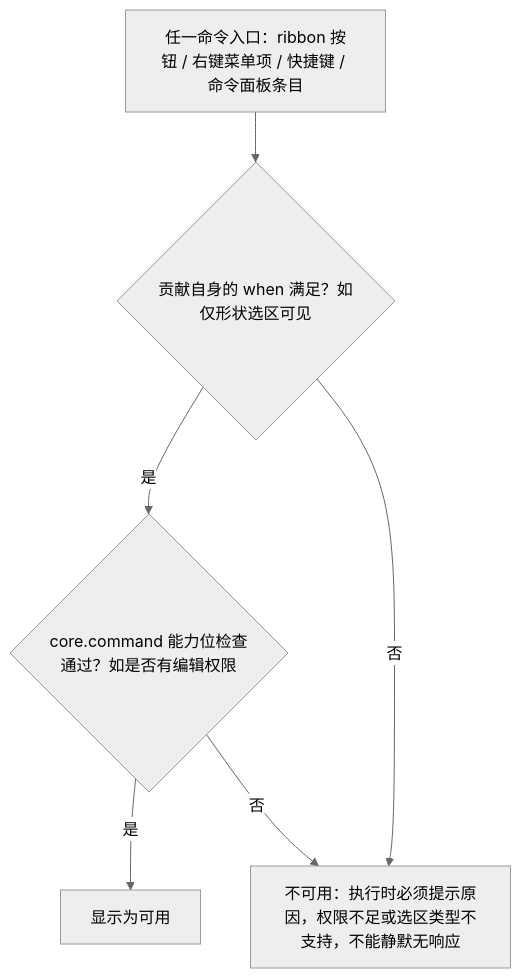
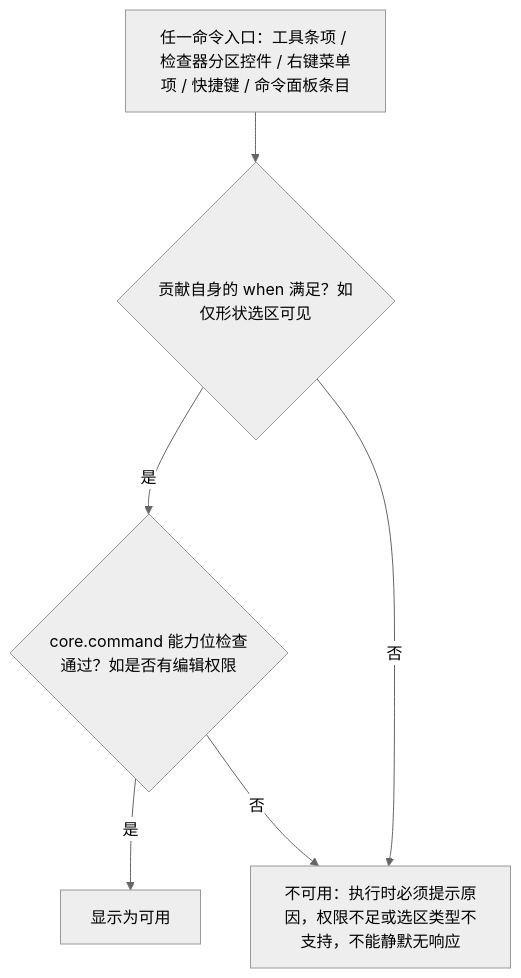
Before and after one commit to Xeonice/cordis-ppt-editor: the third of 5 diagrams in docs/20-design/06-extensibility-ux.md, drawn with Mermaid (neutral theme). The commit also changed other lines of this file and 44 other files, not shown here.

````diff
--- a/docs/20-design/06-extensibility-ux.md
+++ b/docs/20-design/06-extensibility-ux.md
@@ -197,13 +185,13 @@
 ```mermaid
 flowchart TB
-  entry["任一命令入口：ribbon 按钮 / 右键菜单项 / 快捷键 / 命令面板条目"]
+  entry["任一命令入口：工具条项 / 检查器分区控件 / 右键菜单项 / 快捷键 / 命令面板条目"]
   g1{"贡献自身的 when 满足？如仅形状选区可见"}
   g2{"core.command 能力位检查通过？如是否有编辑权限"}
   ok["显示为可用"]
   no["不可用：执行时必须提示原因，权限不足或选区类型不支持，不能静默无响应"]
   entry --> g1
   g1 -->|"是"| g2
   g1 -->|"否"| no
   g2 -->|"是"| ok
   g2 -->|"否"| no
 ```
````
